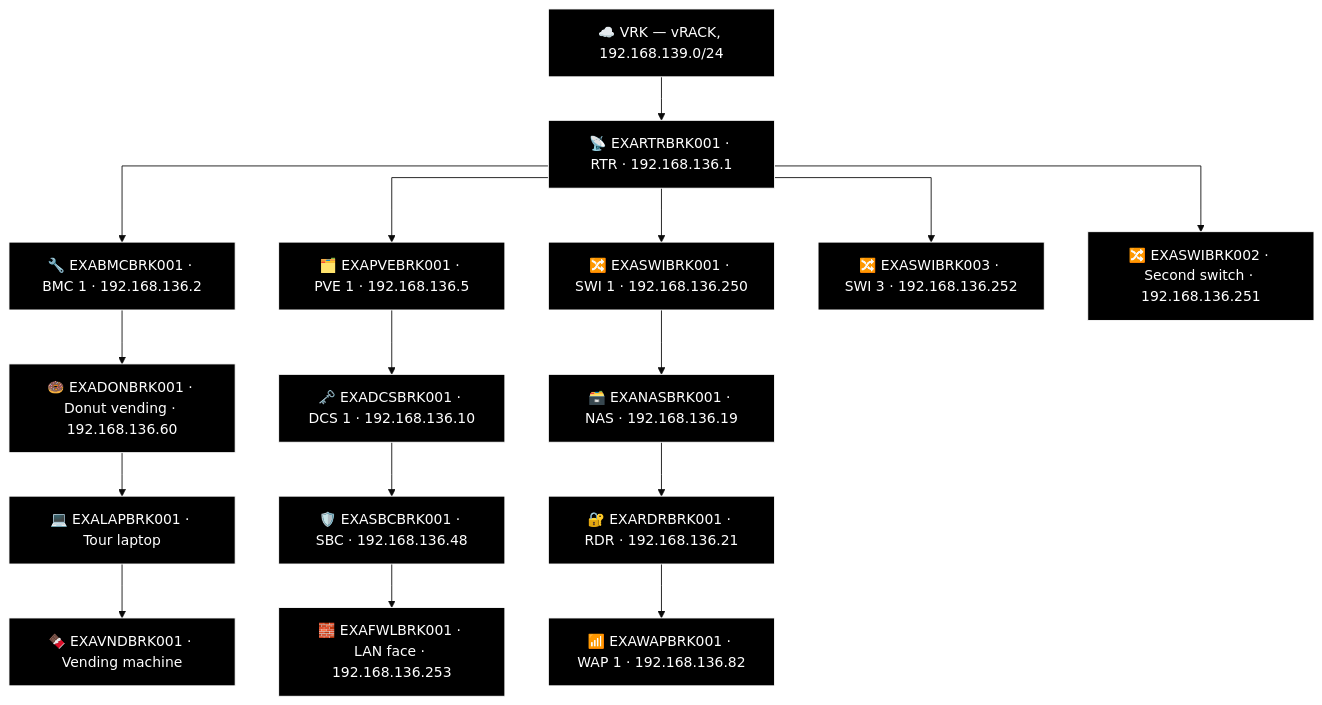
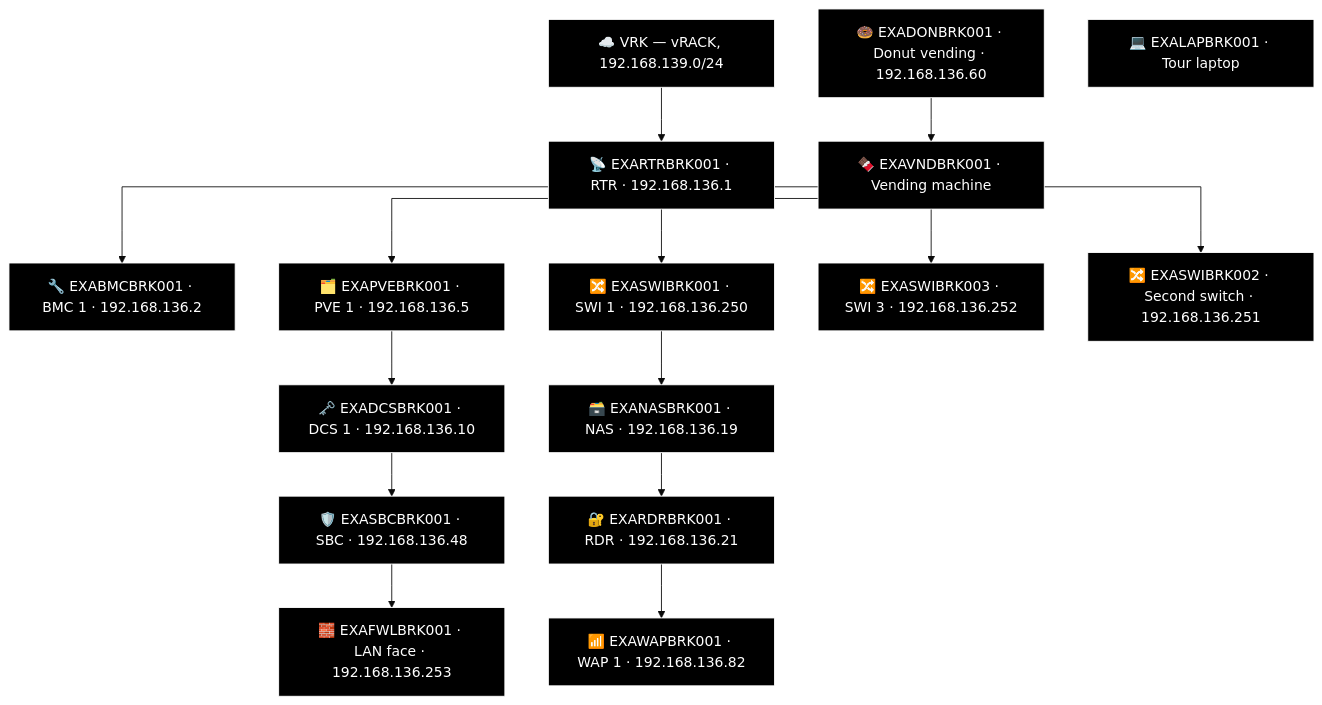
One commit to knightmare2600/example_music_infra changed the second of 6 diagrams in docs/network-diagram/canada.md. Above: the diagram before and after it, drawn with Mermaid (base theme). The commit also changed other lines of this file and 8 other files, not shown here.

First line of the commit message:
generate_network_diagrams.py: port FAL's two-column "Other" bucket into the generator

````diff
--- a/docs/network-diagram/canada.md
+++ b/docs/network-diagram/canada.md
@@ -64,47 +64,47 @@
 ```mermaid
 %% GENERATED:TOPOLOGY:BRK:START
 %%{init: {'flowchart': {'curve': 'stepAfter'}}}%%
 graph TD
     T_VRK["☁️ VRK — vRACK, 192.168.139.0/24"]
     T_RTR["📡 EXARTRBRK001 · RTR · 192.168.136.1"]
     T_VRK --> T_RTR
     T_BMC["🔧 EXABMCBRK001 · BMC 1 · 192.168.136.2"]
     T_RTR --> T_BMC
     T_PVE["🗂️ EXAPVEBRK001 · PVE 1 · 192.168.136.5"]
     T_RTR --> T_PVE
     T_SWI["🔀 EXASWIBRK001 · SWI 1 · 192.168.136.250"]
     T_RTR --> T_SWI
     T_SWI2["🔀 EXASWIBRK003 · SWI 3 · 192.168.136.252"]
     T_RTR --> T_SWI2
     T_SWI3["🔀 EXASWIBRK002 · Second switch · 192.168.136.251"]
     T_RTR --> T_SWI3
     T_NAS["🗃️ EXANASBRK001 · NAS · 192.168.136.19"]
     T_RDR["🔐 EXARDRBRK001 · RDR · 192.168.136.21"]
     T_WAP["📶 EXAWAPBRK001 · WAP 1 · 192.168.136.82"]
     T_SWI --> T_NAS --> T_RDR --> T_WAP
     T_DCS["🗝️ EXADCSBRK001 · DCS 1 · 192.168.136.10"]
     T_SBC["🛡️ EXASBCBRK001 · SBC · 192.168.136.48"]
     T_FWL["🧱 EXAFWLBRK001 · LAN face · 192.168.136.253"]
     T_PVE --> T_DCS --> T_SBC --> T_FWL
     T_DON["🍩 EXADONBRK001 · Donut vending · 192.168.136.60"]
     T_LAP["💻 EXALAPBRK001 · Tour laptop"]
     T_VND["🍫 EXAVNDBRK001 · Vending machine"]
-    T_BMC --> T_DON --> T_LAP --> T_VND
+    T_DON --> T_VND
     style T_VRK fill:#000000,stroke:#FFFFFF,color:#FFFFFF
     style T_RTR fill:#000000,stroke:#FFFFFF,color:#FFFFFF
     style T_BMC fill:#000000,stroke:#FFFFFF,color:#FFFFFF
     style T_PVE fill:#000000,stroke:#FFFFFF,color:#FFFFFF
     style T_SWI fill:#000000,stroke:#FFFFFF,color:#FFFFFF
     style T_SWI2 fill:#000000,stroke:#FFFFFF,color:#FFFFFF
     style T_SWI3 fill:#000000,stroke:#FFFFFF,color:#FFFFFF
     style T_NAS fill:#000000,stroke:#FFFFFF,color:#FFFFFF
     style T_RDR fill:#000000,stroke:#FFFFFF,color:#FFFFFF
     style T_WAP fill:#000000,stroke:#FFFFFF,color:#FFFFFF
     style T_DCS fill:#000000,stroke:#FFFFFF,color:#FFFFFF
     style T_SBC fill:#000000,stroke:#FFFFFF,color:#FFFFFF
     style T_FWL fill:#000000,stroke:#FFFFFF,color:#FFFFFF
     style T_DON fill:#000000,stroke:#FFFFFF,color:#FFFFFF
     style T_LAP fill:#000000,stroke:#FFFFFF,color:#FFFFFF
     style T_VND fill:#000000,stroke:#FFFFFF,color:#FFFFFF
 %% GENERATED:TOPOLOGY:BRK:END
 ```
````
